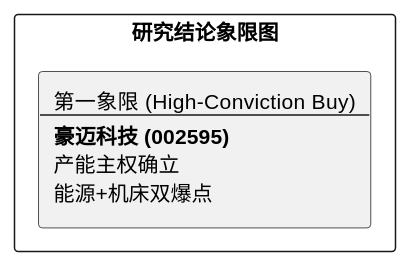
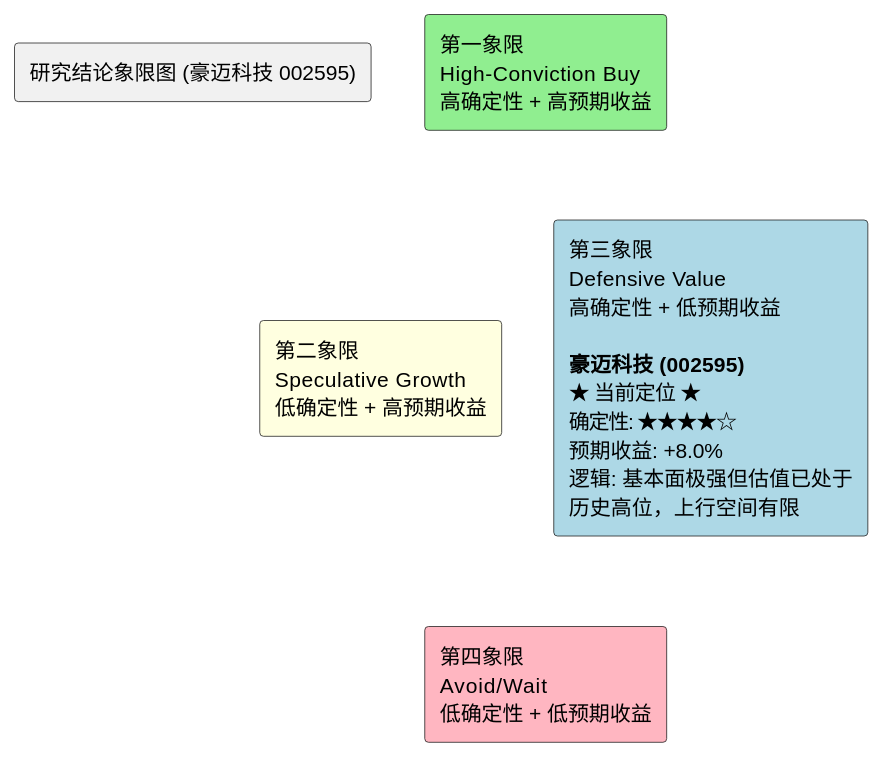
One commit to hrzzzrh/QuantPyLab changed the diagram in investigation/equities/豪迈科技/reports/研报章节七：投资摘要与风险因素.md. Above: the diagram before and after it, drawn with PlantUML. The commit also changed other lines of this file and 400 other files, not shown here.

````diff
--- a/investigation/equities/豪迈科技/reports/研报章节七：投资摘要与风险因素.md
+++ b/investigation/equities/豪迈科技/reports/研报章节七：投资摘要与风险因素.md
@@ -24,7 +107,18 @@
 ```plantuml
 @startuml
-rectangle "研究结论象限图" {
-    rectangle "第一象限 (High-Conviction Buy)\n--\n**豪迈科技 (002595)**\n产能主权确立\n能源+机床双爆点" as Q1
-}
+skinparam backgroundColor white
+skinparam componentStyle uml2
+
+rectangle "研究结论象限图 (豪迈科技 002595)" as title
+
+rectangle "第一象限\nHigh-Conviction Buy\n高确定性 + 高预期收益" as Q1 #LightGreen
+rectangle "第二象限\nSpeculative Growth\n低确定性 + 高预期收益" as Q2 #LightYellow
+rectangle "第三象限\nDefensive Value\n高确定性 + 低预期收益\n\n**豪迈科技 (002595)**\n★ 当前定位 ★\n确定性: ★★★★☆\n预期收益: +8.0%\n逻辑: 基本面极强但估值已处于\n历史高位，上行空间有限" as Q3 #LightBlue
+rectangle "第四象限\nAvoid/Wait\n低确定性 + 低预期收益" as Q4 #LightPink
+
+Q1 -[hidden]-> Q2
+Q3 -[hidden]-> Q4
+Q1 -[hidden]-> Q3
+Q2 -[hidden]-> Q4
 @enduml
 ```
````
